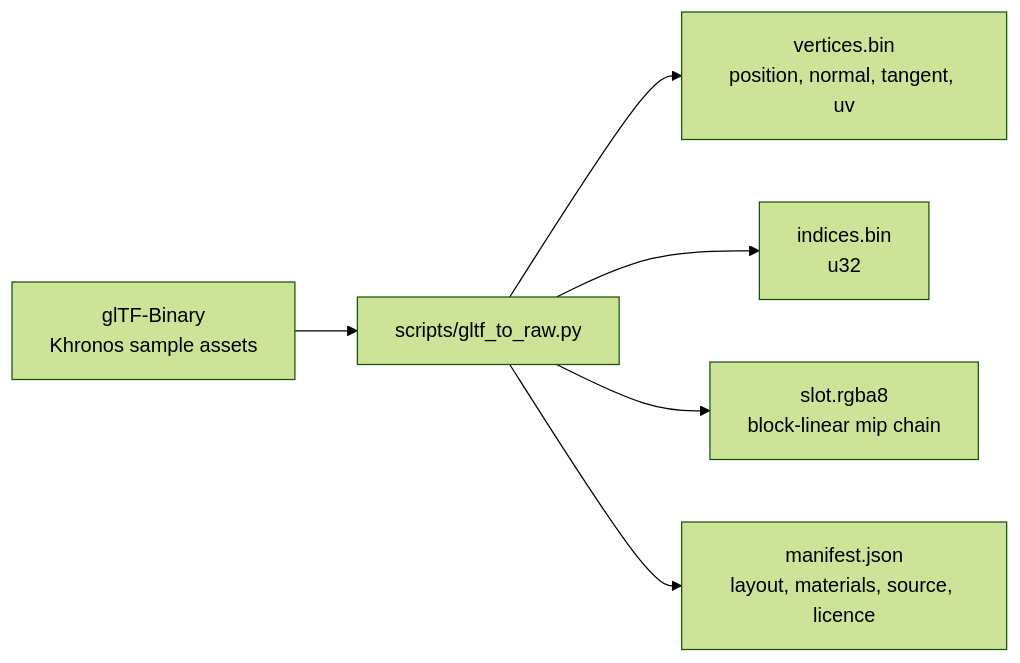
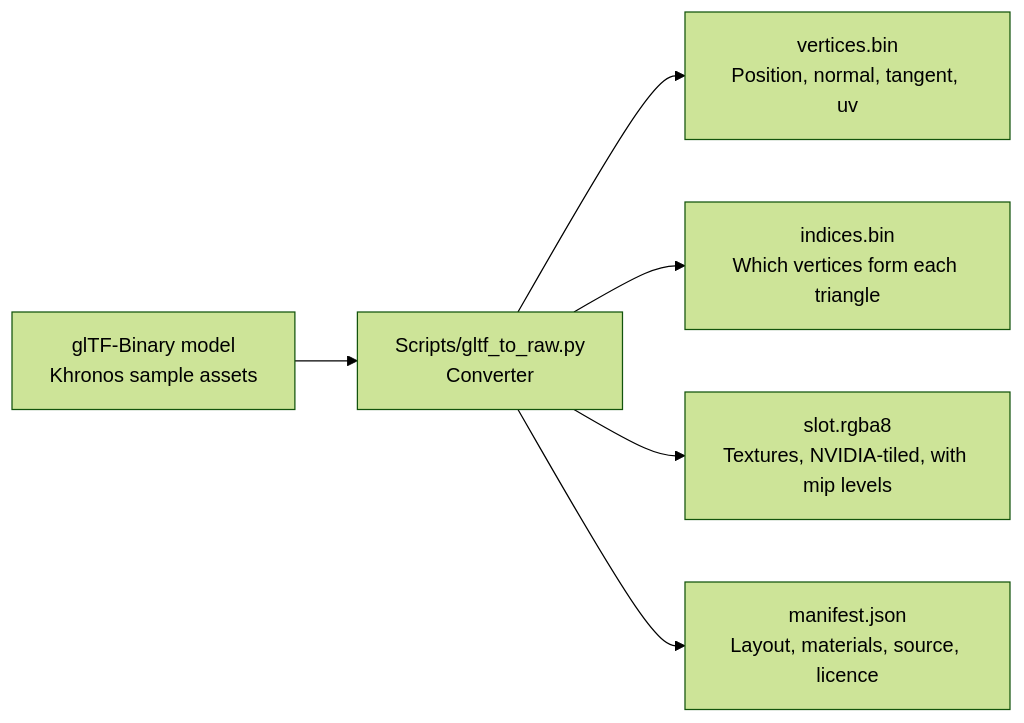
One commit to 0xNikilite/oboromi changed the second of 2 diagrams in docs/architecture/demos.md. Above: the diagram before and after it, drawn with Mermaid (forest theme). The commit also changed other lines of this file and 22 other files, not shown here.

````diff
--- a/docs/architecture/demos.md
+++ b/docs/architecture/demos.md
@@ -50,8 +62,8 @@
 ```mermaid
 flowchart LR
-    GLB["glTF-Binary<br/>Khronos sample assets"] --> PY["scripts/gltf_to_raw.py"]
-    PY --> V["vertices.bin<br/>position, normal, tangent, uv"]
-    PY --> I["indices.bin<br/>u32"]
-    PY --> T["slot.rgba8<br/>block-linear mip chain"]
-    PY --> M["manifest.json<br/>layout, materials, source, licence"]
+    GLB["glTF-Binary model<br/>Khronos sample assets"] --> PY["Scripts/gltf_to_raw.py<br/>Converter"]
+    PY --> V["vertices.bin<br/>Position, normal, tangent, uv"]
+    PY --> I["indices.bin<br/>Which vertices form each triangle"]
+    PY --> T["slot.rgba8<br/>Textures, NVIDIA-tiled, with mip levels"]
+    PY --> M["manifest.json<br/>Layout, materials, source, licence"]
 ```
````
